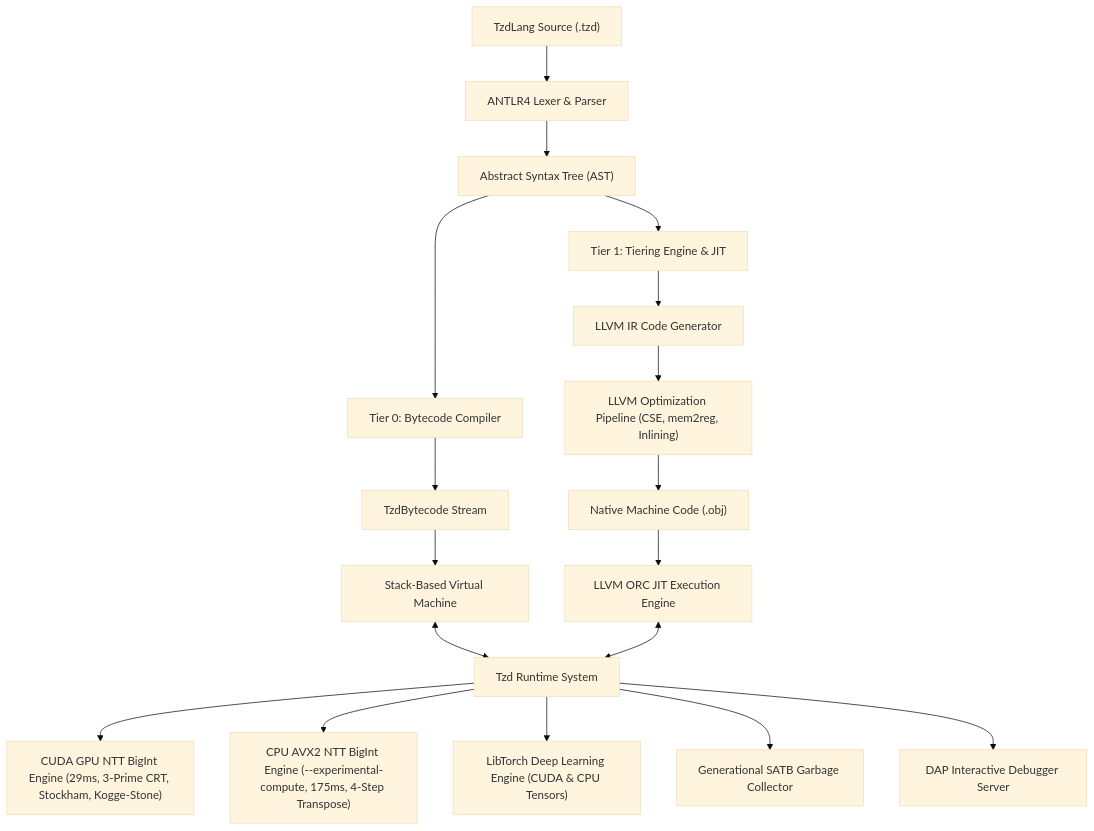
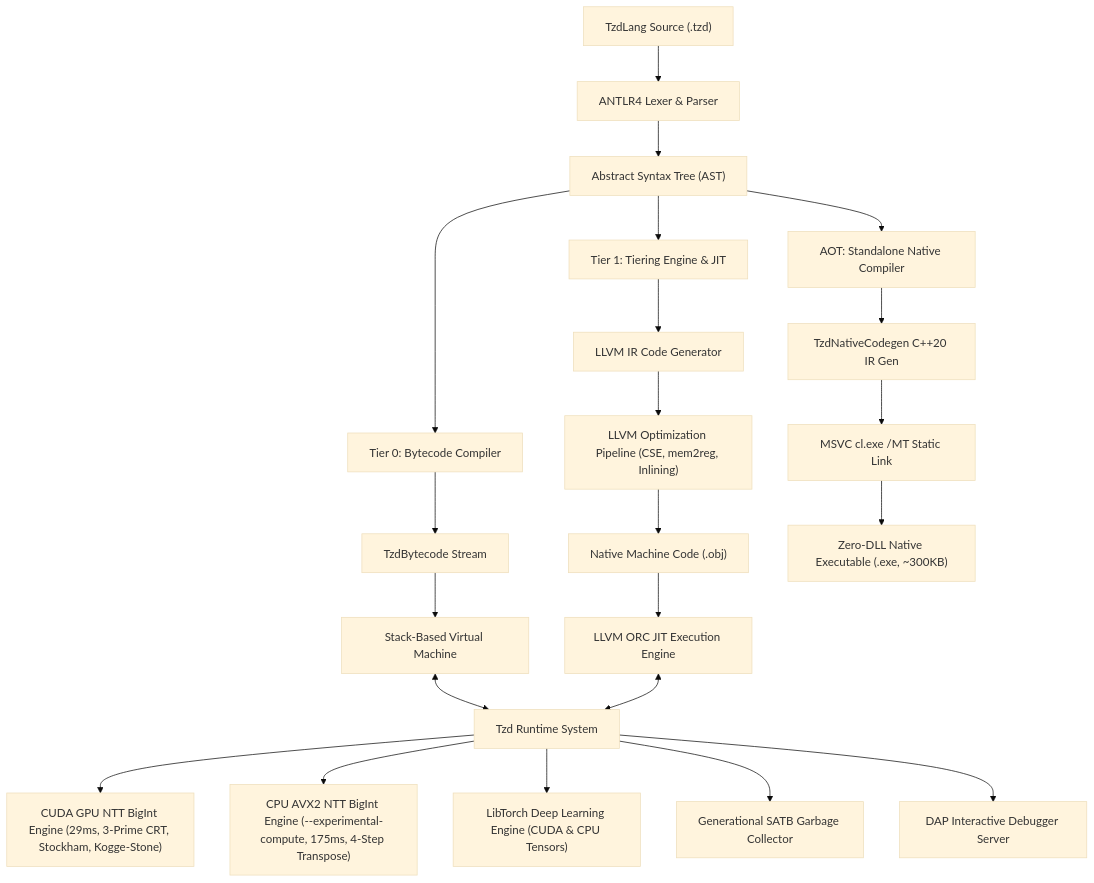
One commit to tzdwindows/TzdLanguage changed the diagram in wiki/Home.md. Above: the diagram before and after it, drawn with Mermaid (base theme). The commit also changed other lines of this file and 32 other files, not shown here.

Commit message:
feat(aot): implement standalone zero-dll native machine code compiler and release v0.2.4

````diff
--- a/wiki/Home.md
+++ b/wiki/Home.md
@@ -68,24 +73,29 @@
 ```mermaid
 graph TD
     Source["TzdLang Source (.tzd)"] --> Lexer["ANTLR4 Lexer & Parser"]
     Lexer --> AST["Abstract Syntax Tree (AST)"]
     
     AST --> Tier0["Tier 0: Bytecode Compiler"]
     Tier0 --> Bytecode["TzdBytecode Stream"]
     Bytecode --> VM["Stack-Based Virtual Machine"]
     
     AST --> Tier1["Tier 1: Tiering Engine & JIT"]
     Tier1 --> LLVMIR["LLVM IR Code Generator"]
     LLVMIR --> OptPasses["LLVM Optimization Pipeline (CSE, mem2reg, Inlining)"]
     OptPasses --> ObjectCache["Native Machine Code (.obj)"]
     ObjectCache --> LLJIT["LLVM ORC JIT Execution Engine"]
+
+    AST --> AOT["AOT: Standalone Native Compiler"]
+    AOT --> NativeCodegen["TzdNativeCodegen C++20 IR Gen"]
+    NativeCodegen --> MSVC["MSVC cl.exe /MT Static Link"]
+    MSVC --> StandaloneExe["Zero-DLL Native Executable (.exe, ~300KB)"]
     
     VM <--> Runtime["Tzd Runtime System"]
     LLJIT <--> Runtime
     
     Runtime --> BigIntGPU["CUDA GPU NTT BigInt Engine (29ms, 3-Prime CRT, Stockham, Kogge-Stone)"]
     Runtime --> BigIntCPU["CPU AVX2 NTT BigInt Engine (--experimental-compute, 175ms, 4-Step Transpose)"]
     Runtime --> LibTorch["LibTorch Deep Learning Engine (CUDA & CPU Tensors)"]
     Runtime --> GC["Generational SATB Garbage Collector"]
     Runtime --> DAP["DAP Interactive Debugger Server"]
 ```
````
